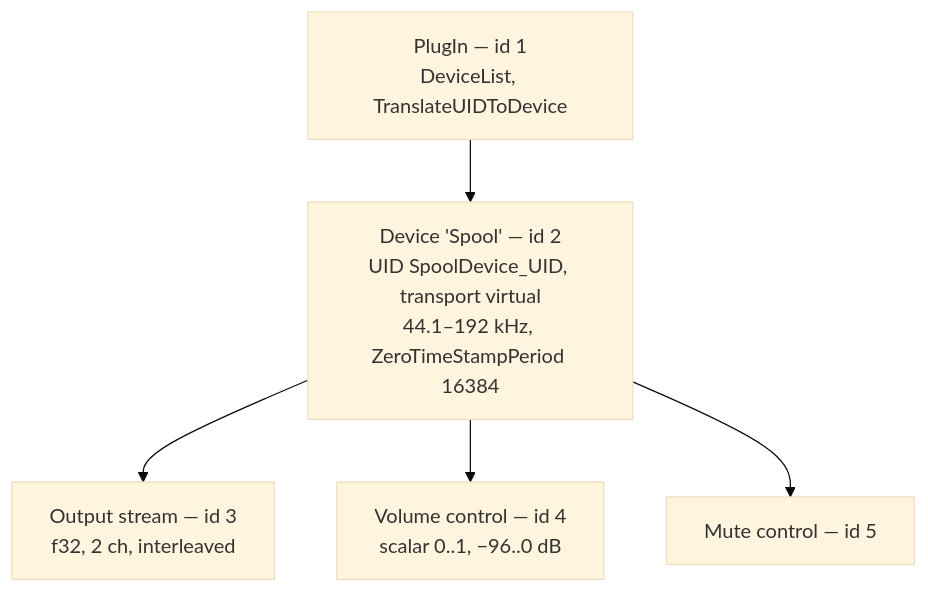
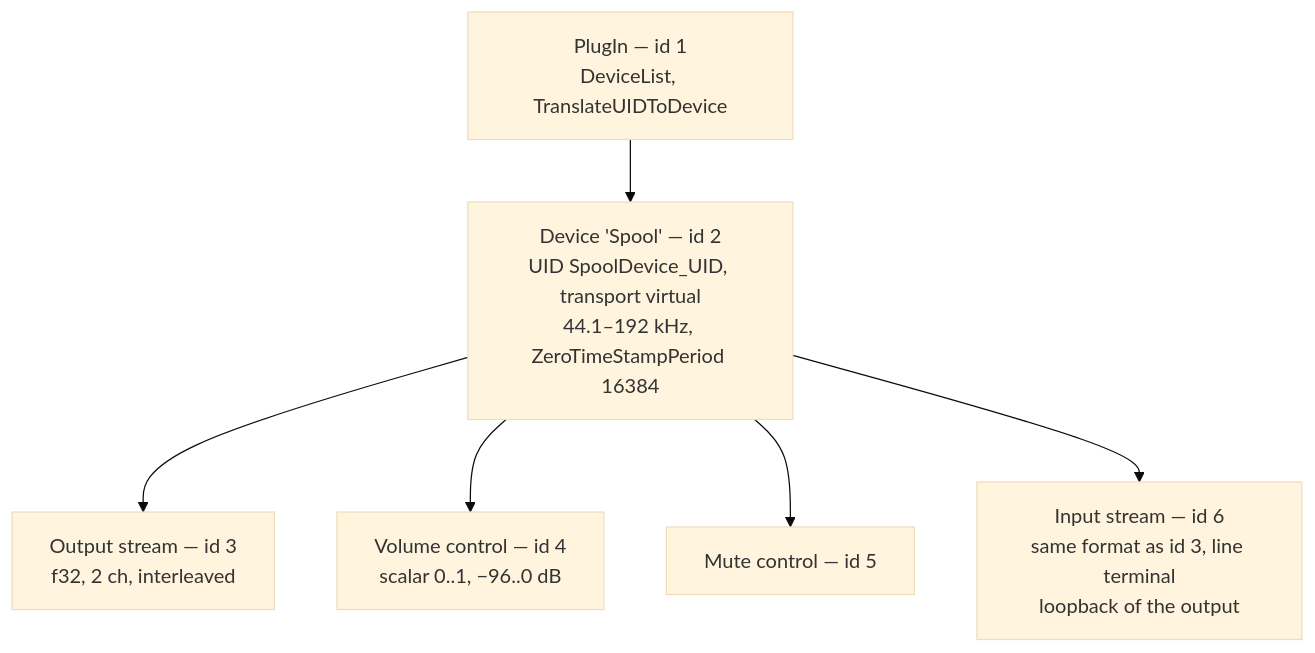
One commit to phil3k3/spool changed the third of 13 diagrams in docs/ARCHITECTURE.md. Above: the diagram before and after it, drawn with Mermaid (base theme). The commit also changed other lines of this file and 7 other files, not shown here.

````diff
--- a/docs/ARCHITECTURE.md
+++ b/docs/ARCHITECTURE.md
@@ -93,12 +94,14 @@
 ```mermaid
 flowchart TD
     P["PlugIn — id 1<br/>DeviceList, TranslateUIDToDevice"]
     Dv["Device 'Spool' — id 2<br/>UID SpoolDevice_UID, transport virtual<br/>44.1–192 kHz, ZeroTimeStampPeriod 16384"]
     St["Output stream — id 3<br/>f32, 2 ch, interleaved"]
     V["Volume control — id 4<br/>scalar 0..1, −96..0 dB"]
     M["Mute control — id 5"]
+    In["Input stream — id 6<br/>same format as id 3, line terminal<br/>loopback of the output"]
     P --> Dv
     Dv --> St
     Dv --> V
     Dv --> M
+    Dv --> In
 ```
````
